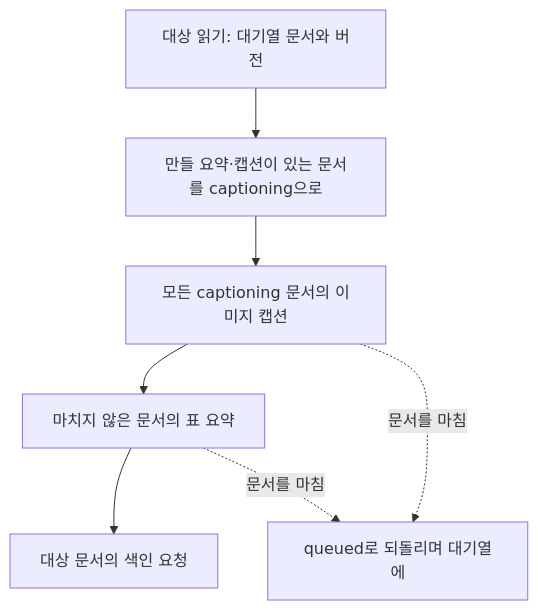
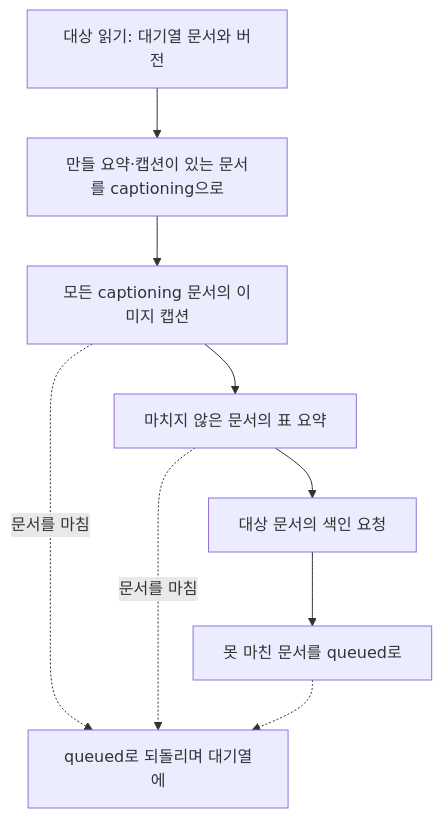
One commit to victor7-aquila/minerva changed the fourth of 4 diagrams in apps/backend/src/documents/MODULE.md. Above: the diagram before and after it, drawn with Mermaid. The commit also changed other lines of this file and 1 other file, not shown here.

First line of the commit message:
docs: 예약 색인에서 요약·캡션을 다 마치지 못한 문서를 색인 대기로 되돌리도록 반영

````diff
--- a/apps/backend/src/documents/MODULE.md
+++ b/apps/backend/src/documents/MODULE.md
@@ -654,9 +659,11 @@
 ```mermaid
 flowchart TB
     S["대상 읽기: 대기열 문서와 버전"] --> C["만들 요약·캡션이 있는 문서를 captioning으로"]
     C --> I["모든 captioning 문서의 이미지 캡션"]
     I --> T["마치지 않은 문서의 표 요약"]
     T --> X["대상 문서의 색인 요청"]
+    X --> R["못 마친 문서를 queued로"]
     I -.->|문서를 마침| Q["queued로 되돌리며 대기열에"]
     T -.->|문서를 마침| Q
+    R -.-> Q
 ```
````
